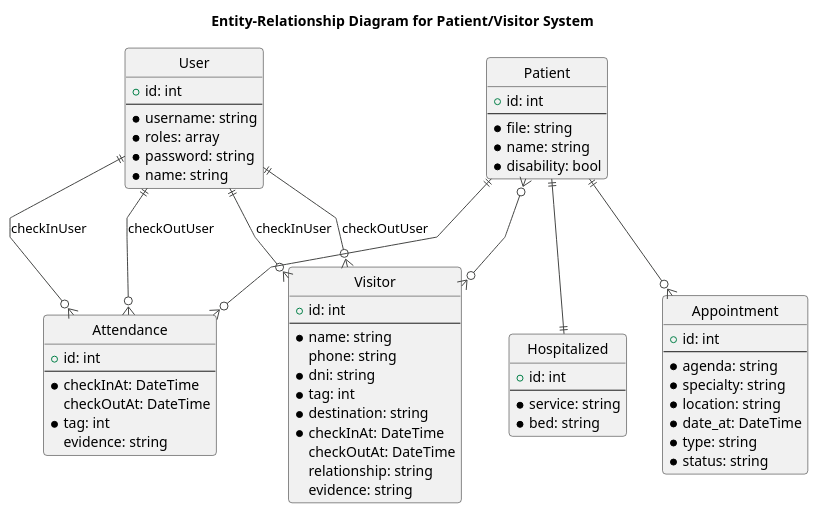
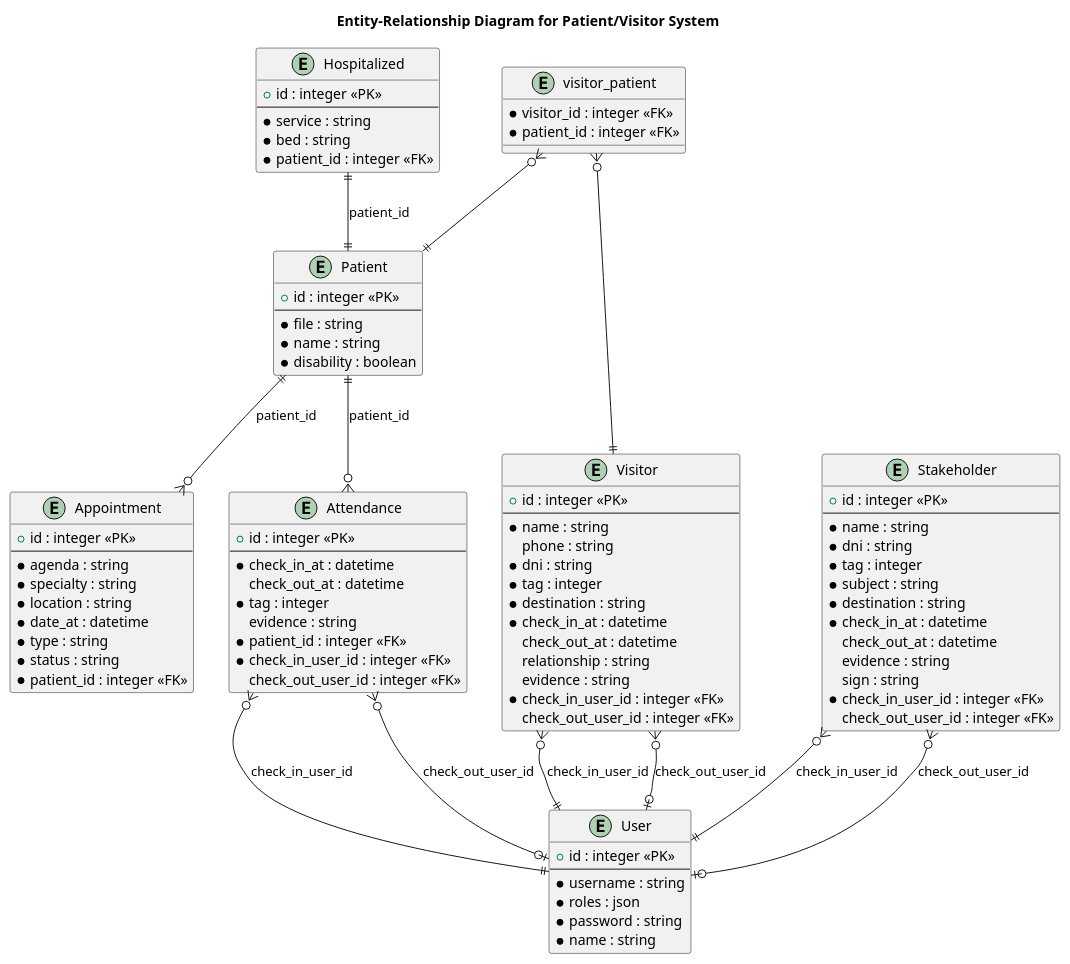
The diagram in DER.puml (genomorro/registro-io), drawn with PlantUML before and after one commit.

Commit message:
Update DER

```diff
--- a/DER.puml
+++ b/DER.puml
@@ -1,80 +1,108 @@
-@startuml ERD
-
-!theme vibrant
-hide circle
-skinparam linetype polyline
+@startuml DER
 
 ' Title
 title Entity-Relationship Diagram for Patient/Visitor System
 
 entity "User" as user {
-  + id: int
+  + id : integer <<PK>>
   --
-  * username: string
-  * roles: array
-  * password: string
-  * name: string
+  * username : string
+  * roles : json
+  * password : string
+  * name : string
 }
 
 entity "Patient" as patient {
-  + id: int
+  + id : integer <<PK>>
   --
-  * file: string
-  * name: string
-  * disability: bool
+  * file : string
+  * name : string
+  * disability : boolean
 }
 
 entity "Hospitalized" as hospitalized {
-  + id: int
+  + id : integer <<PK>>
   --
-  * service: string
-  * bed: string
+  * service : string
+  * bed : string
+  * patient_id : integer <<FK>>
+}
+
+entity "Appointment" as appointment {
+  + id : integer <<PK>>
+  --
+  * agenda : string
+  * specialty : string
+  * location : string
+  * date_at : datetime
+  * type : string
+  * status : string
+  * patient_id : integer <<FK>>
+}
+
+entity "Attendance" as attendance {
+  + id : integer <<PK>>
+  --
+  * check_in_at : datetime
+  check_out_at : datetime
+  * tag : integer
+  evidence : string
+  * patient_id : integer <<FK>>
+  * check_in_user_id : integer <<FK>>
+  check_out_user_id : integer <<FK>>
 }
 
 entity "Visitor" as visitor {
-  + id: int
+  + id : integer <<PK>>
   --
-  * name: string
-  phone: string
-  * dni: string
-  * tag: int
-  * destination: string
-  * checkInAt: DateTime
-  checkOutAt: DateTime
-  relationship: string
-  evidence: string
+  * name : string
+  phone : string
+  * dni : string
+  * tag : integer
+  * destination : string
+  * check_in_at : datetime
+  check_out_at : datetime
+  relationship : string
+  evidence : string
+  * check_in_user_id : integer <<FK>>
+  check_out_user_id : integer <<FK>>
 }
 
-entity "Appointment" as appointment {
-  + id: int
+entity "Stakeholder" as stakeholder {
+  + id : integer <<PK>>
   --
-  * agenda: string
-  * specialty: string
-  * location: string
-  * date_at: DateTime
-  * type: string
-  * status: string
+  * name : string
+  * dni : string
+  * tag : integer
+  * subject : string
+  * destination : string
+  * check_in_at : datetime
+  check_out_at : datetime
+  evidence : string
+  sign : string
+  * check_in_user_id : integer <<FK>>
+  check_out_user_id : integer <<FK>>
 }
 
-entity "Attendance" as attendance {
-  + id: int
-  --
-  * checkInAt: DateTime
-  checkOutAt: DateTime
-  * tag: int
-  evidence: string
+entity "visitor_patient" as visitor_patient {
+  * visitor_id : integer <<FK>>
+  * patient_id : integer <<FK>>
 }
 
-' Relationships
+hospitalized ||--|| patient : "patient_id"
+patient ||--o{ appointment : "patient_id"
+patient ||--o{ attendance : "patient_id"
 
-user ||--o{ attendance : "checkInUser"
-user ||--o{ attendance : "checkOutUser"
-user ||--o{ visitor : "checkInUser"
-user ||--o{ visitor : "checkOutUser"
+visitor_patient }o--|| visitor
+visitor_patient }o--|| patient
 
-patient ||--o{ appointment
-patient ||--o{ attendance
-patient }o--o{ visitor
-patient ||--|| hospitalized
+attendance }o--|| user : "check_in_user_id"
+attendance }o--o| user : "check_out_user_id"
+
+visitor }o--|| user : "check_in_user_id"
+visitor }o--o| user : "check_out_user_id"
+
+stakeholder }o--|| user : "check_in_user_id"
+stakeholder }o--o| user : "check_out_user_id"
 
 @enduml
```
